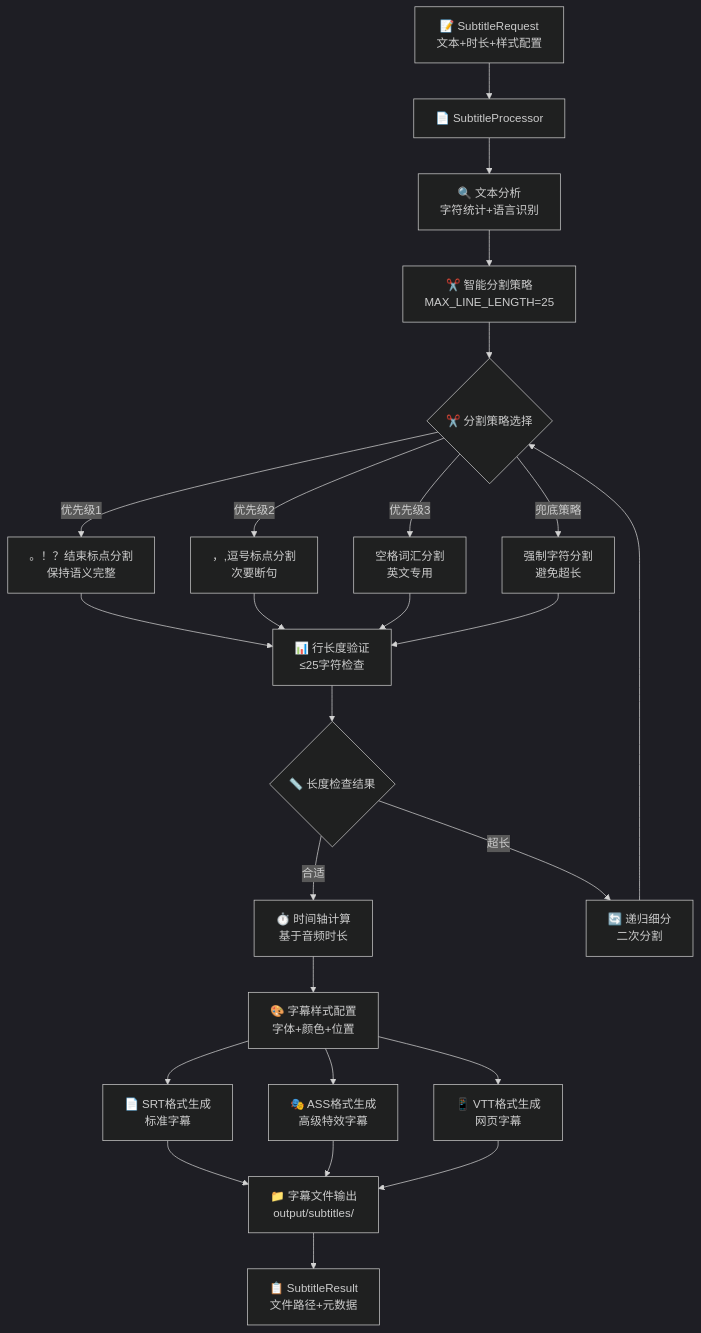
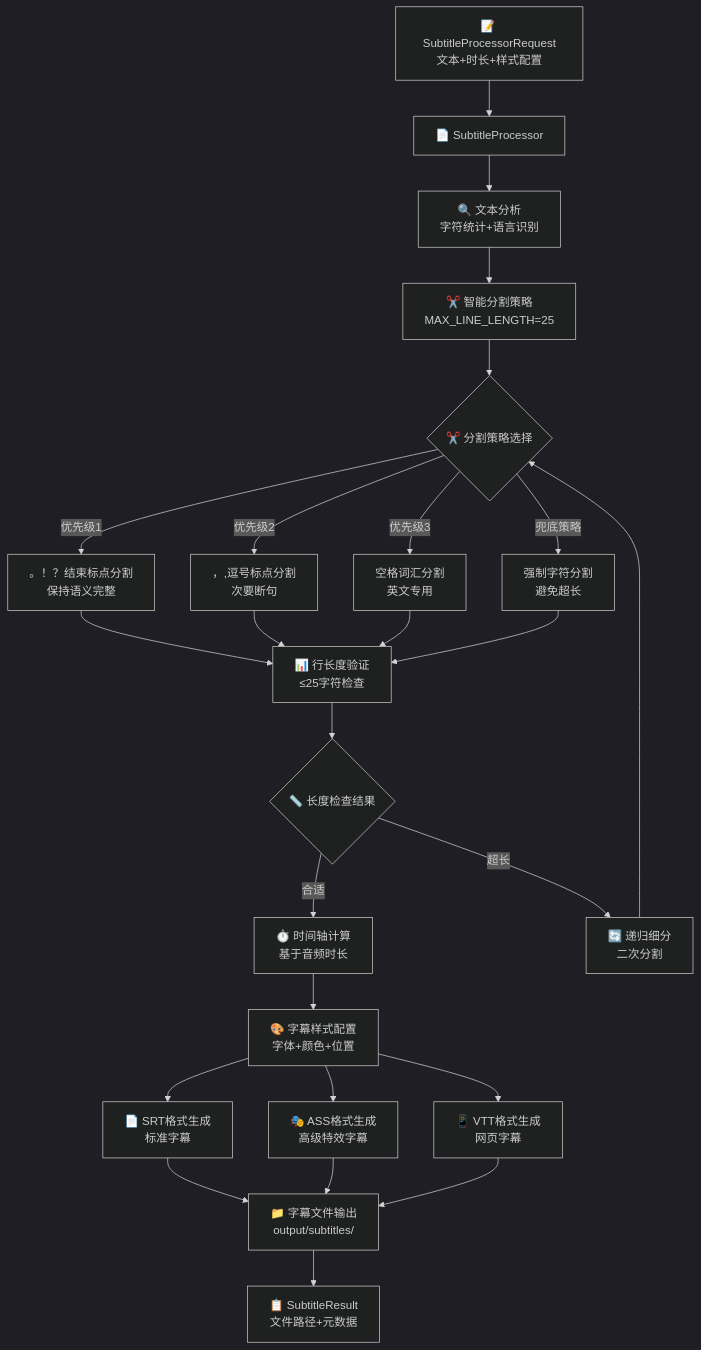
One commit to qq1151131109/story_video_generator changed the ninth of 14 diagrams in docs/WORKFLOW_DIAGRAM.md. Above: the diagram before and after it, drawn with Mermaid (dark theme). The commit also changed 95 other files, not shown here.

````diff
--- a/docs/WORKFLOW_DIAGRAM.md
+++ b/docs/WORKFLOW_DIAGRAM.md
@@ -460,40 +460,40 @@
 ```mermaid
 graph TB
     %% 输入处理
-    A[📝 SubtitleRequest<br/>文本+时长+样式配置] --> B[📄 SubtitleProcessor]
+    A[📝 SubtitleProcessorRequest<br/>文本+时长+样式配置] --> B[📄 SubtitleProcessor]
     
     %% 文本预处理
     B --> C[🔍 文本分析<br/>字符统计+语言识别]
     C --> D[✂️ 智能分割策略<br/>MAX_LINE_LENGTH=25]
     
     %% 分割算法选择
     D --> E{✂️ 分割策略选择}
     E -->|优先级1| F[。！？结束标点分割<br/>保持语义完整]
     E -->|优先级2| G[，,逗号标点分割<br/>次要断句]
     E -->|优先级3| H[空格词汇分割<br/>英文专用]
     E -->|兜底策略| I[强制字符分割<br/>避免超长]
     
     %% 长度验证和优化
     F --> J[📊 行长度验证<br/>≤25字符检查]
     G --> J
     H --> J
     I --> J
     
     J --> K{📏 长度检查结果}
     K -->|合适| L[⏱️ 时间轴计算<br/>基于音频时长]
     K -->|超长| M[🔄 递归细分<br/>二次分割]
     M --> E
     
     %% 字幕格式生成
     L --> N[🎨 字幕样式配置<br/>字体+颜色+位置]
     N --> O[📄 SRT格式生成<br/>标准字幕]
     N --> P[🎭 ASS格式生成<br/>高级特效字幕]
     N --> Q[📱 VTT格式生成<br/>网页字幕]
     
     %% 输出文件
     O --> R[📁 字幕文件输出<br/>output/subtitles/]
     P --> R
     Q --> R
     
     R --> S[📋 SubtitleResult<br/>文件路径+元数据]
 ```
````
